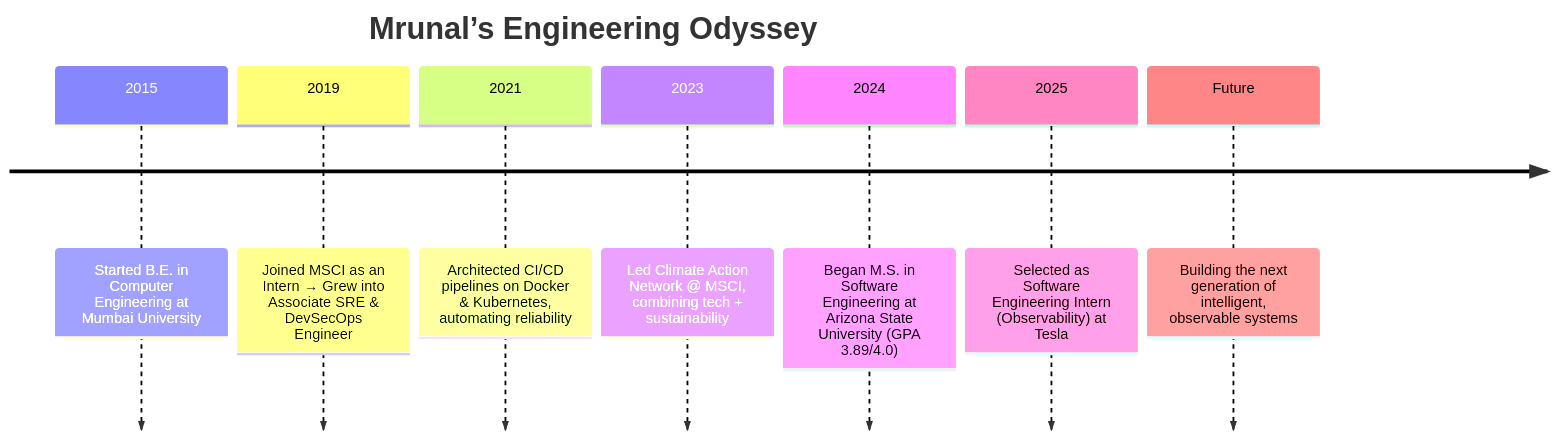
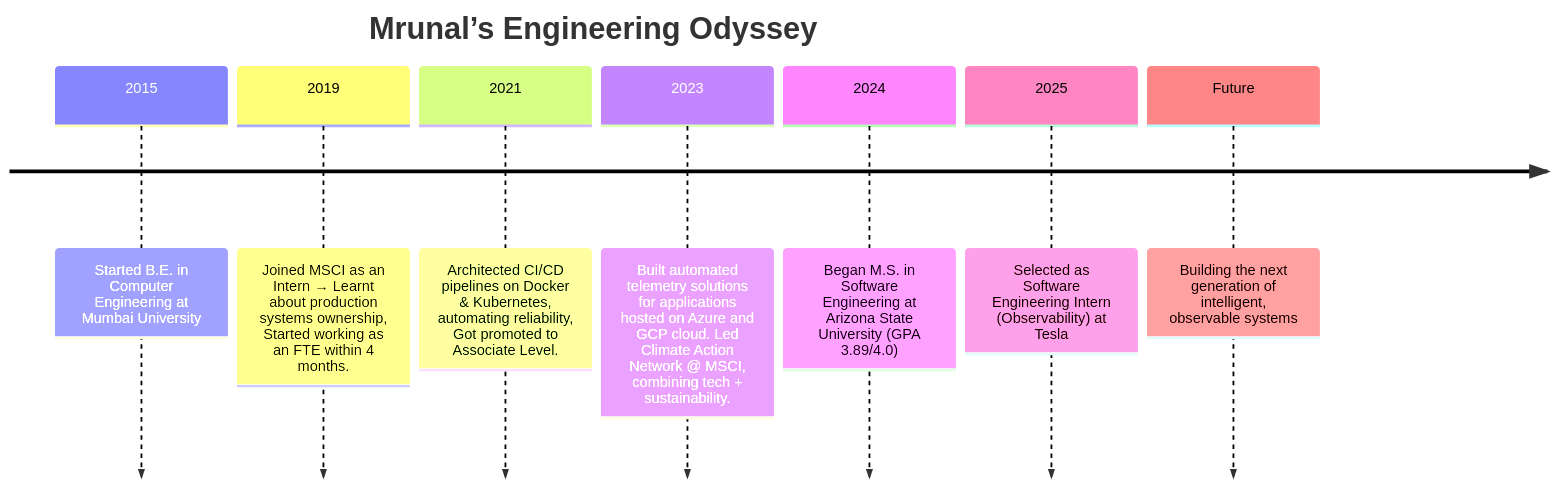
Before and after one commit to Mrunal2148/Mrunal2148: the diagram in README.md, drawn with Mermaid. The commit also changed other lines of this file, not shown here.

````diff
--- a/README.md
+++ b/README.md
@@ -18,11 +16,11 @@
 ```mermaid
 timeline
     title Mrunal’s Engineering Odyssey
     2015 :  Started B.E. in Computer Engineering at Mumbai University
-    2019 :  Joined MSCI as an Intern → Grew into Associate SRE & DevSecOps Engineer
-    2021 :  Architected CI/CD pipelines on Docker & Kubernetes, automating reliability
-    2023 :  Led Climate Action Network @ MSCI, combining tech + sustainability
+    2019 :  Joined MSCI as an Intern → Learnt about production systems ownership, Started working as an FTE within 4 months.
+    2021 :  Architected CI/CD pipelines on Docker & Kubernetes, automating reliability, Got promoted to Associate Level.
+    2023 :  Built automated telemetry solutions for applications hosted on Azure and GCP cloud. Led Climate Action Network @ MSCI, combining tech + sustainability.
     2024 :  Began M.S. in Software Engineering at Arizona State University (GPA 3.89/4.0)
     2025 :  Selected as Software Engineering Intern (Observability) at Tesla
     Future :  Building the next generation of intelligent, observable systems
 ```
````
